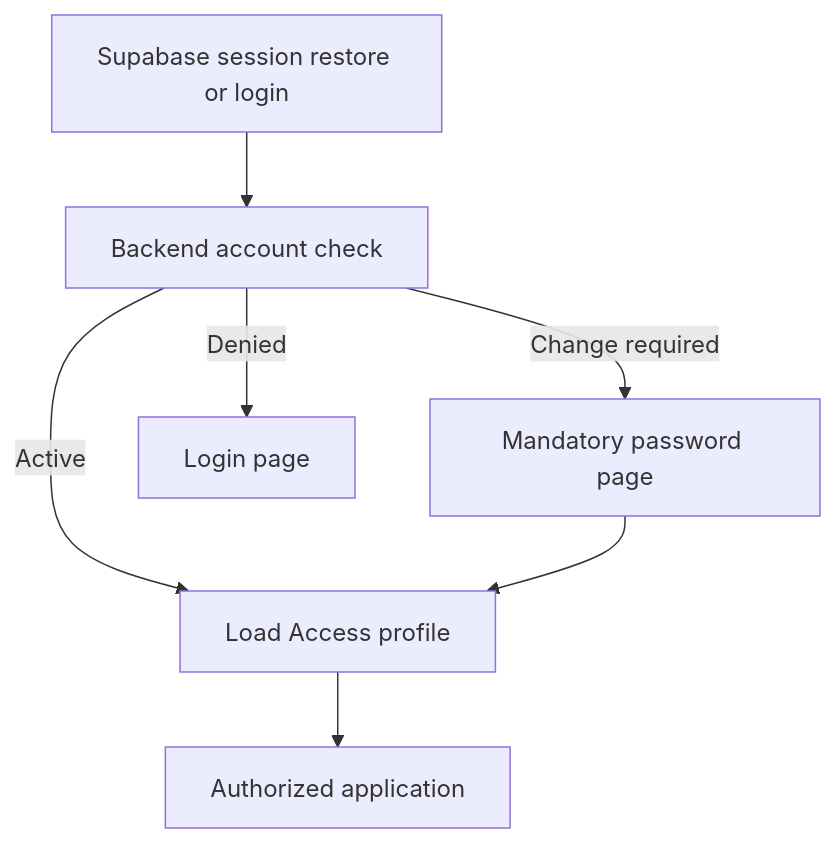
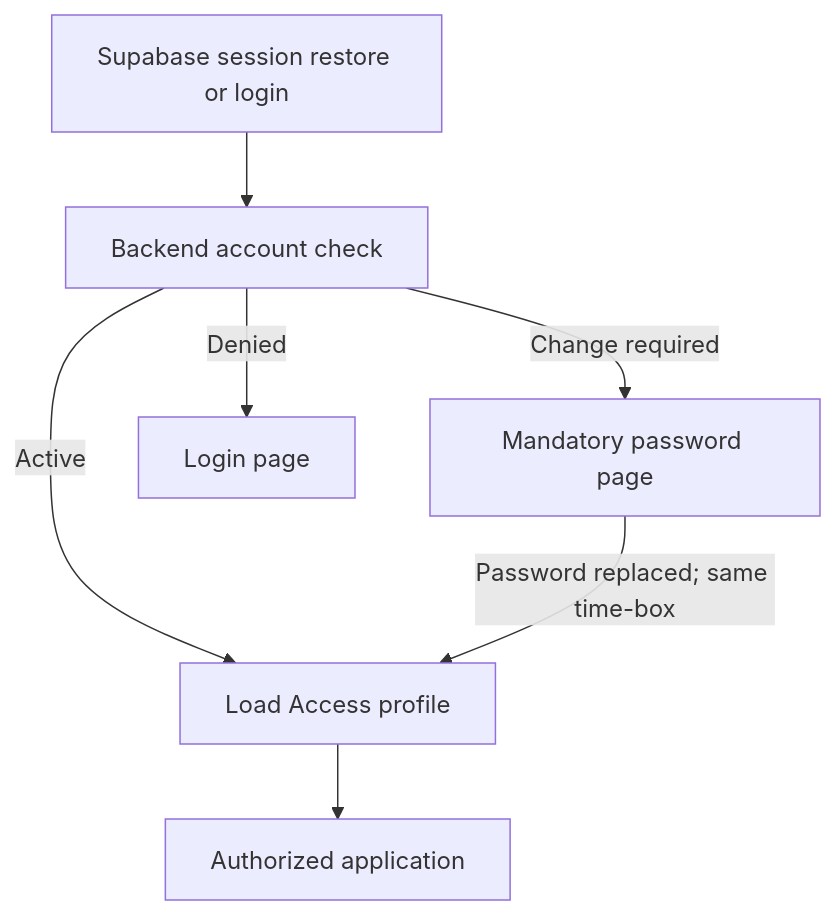
The diagram in frontend/docs/features/authentication.md (luiscm17/colibri-hub), drawn with Mermaid before and after one commit. The commit also changed other lines of this file and 3 other files, not shown here.

````diff
--- a/frontend/docs/features/authentication.md
+++ b/frontend/docs/features/authentication.md
@@ -34,9 +34,9 @@
 ```mermaid
 flowchart TD
     A[Supabase session restore or login] --> B[Backend account check]
     B -->|Change required| C[Mandatory password page]
     B -->|Active| D[Load Access profile]
     B -->|Denied| E[Login page]
-    C --> D
+    C -->|Password replaced; same time-box| D
     D --> F[Authorized application]
 ```
````
